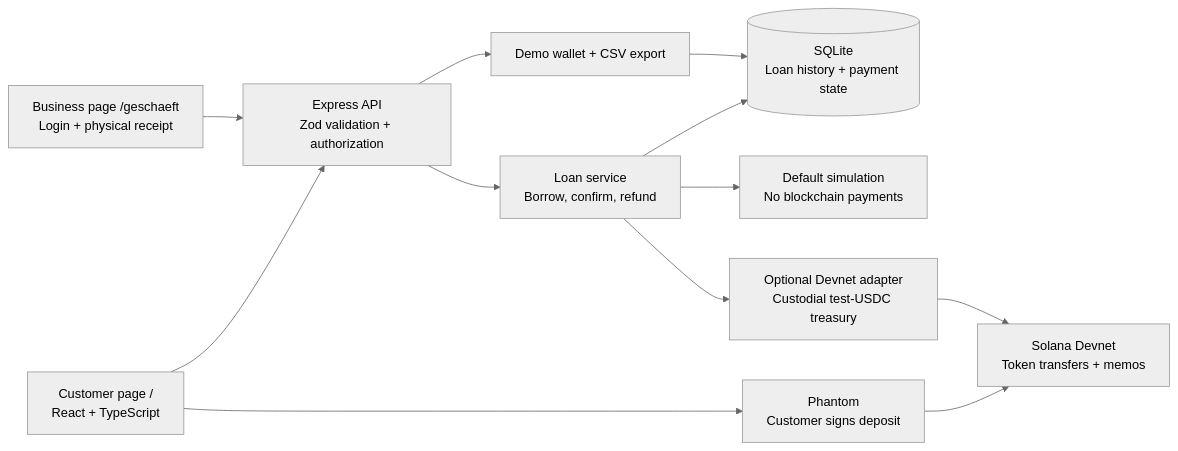
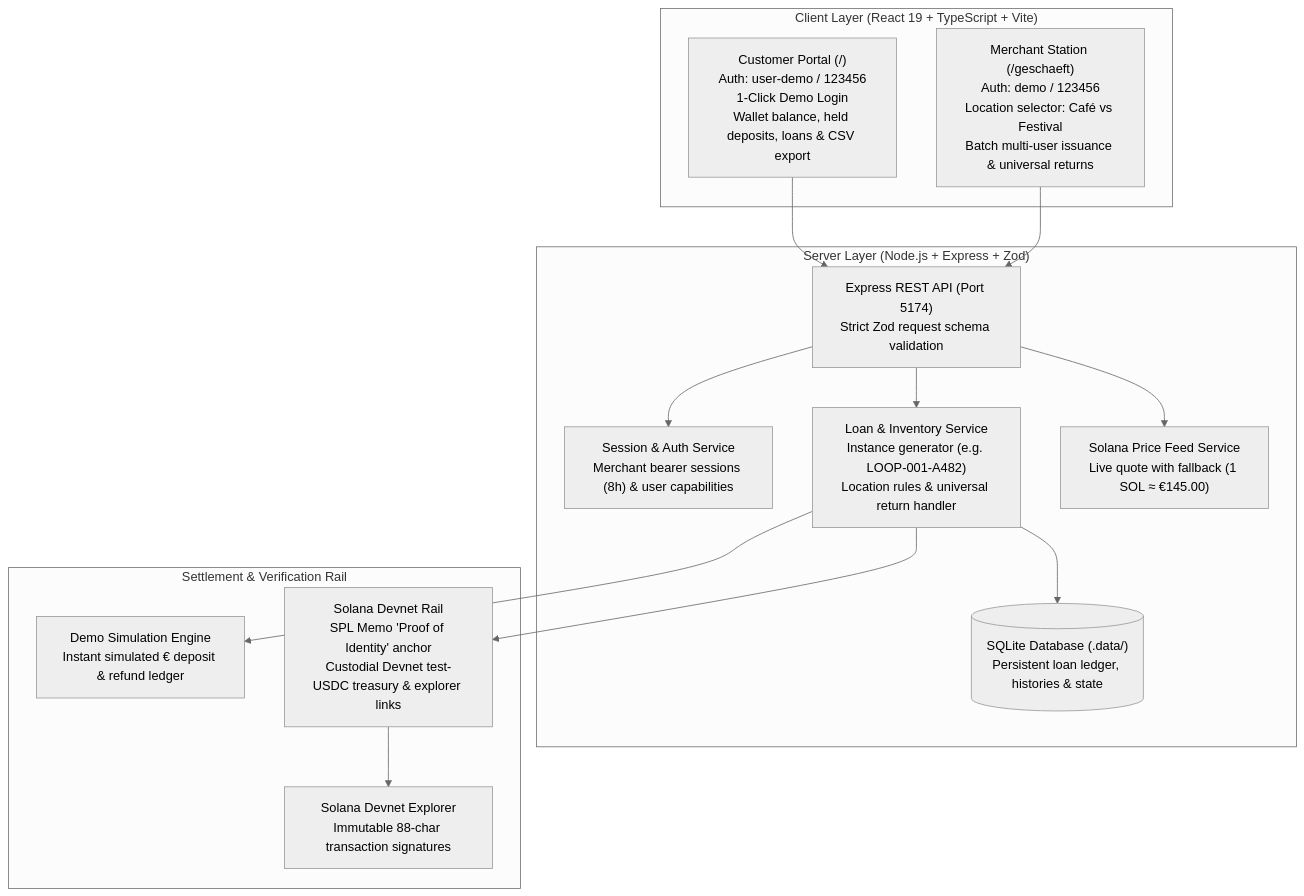
One commit to blitzlive/SolanaChallange2026 changed the diagram in instructions.md. Above: the diagram before and after it, drawn with Mermaid (neutral theme). The commit also changed other lines of this file and 30 other files, not shown here.

Commit message:
feat: complete MVP dashboard, merchant station, Solana memo integration, English metadata and visual README

````diff
--- a/instructions.md
+++ b/instructions.md
@@ -7,14 +9,31 @@
 ```mermaid
-flowchart LR
-  Customer["Customer page /\nReact + TypeScript"] --> API["Express API\nZod validation + authorization"]
-  Business["Business page /geschaeft\nLogin + physical receipt"] --> API
-  API --> Loans["Loan service\nBorrow, confirm, refund"]
-  Loans --> DB[("SQLite\nLoan history + payment state")]
-  API --> History["Demo wallet + CSV export"]
-  History --> DB
-  Loans --> Demo["Default simulation\nNo blockchain payments"]
-  Loans --> Adapter["Optional Devnet adapter\nCustodial test-USDC treasury"]
-  Customer --> Phantom["Phantom\nCustomer signs deposit"]
-  Phantom --> Solana["Solana Devnet\nToken transfers + memos"]
-  Adapter --> Solana
+flowchart TD
+  subgraph ClientLayer ["Client Layer (React 19 + TypeScript + Vite)"]
+    Customer["Customer Portal (/)\nAuth: user-demo / 123456\n1-Click Demo Login\nWallet balance, held deposits, loans & CSV export"]
+    Merchant["Merchant Station (/geschaeft)\nAuth: demo / 123456\nLocation selector: Café vs Festival\nBatch multi-user issuance & universal returns"]
+  end
+
+  subgraph ServerLayer ["Server Layer (Node.js + Express + Zod)"]
+    API["Express REST API (Port 5174)\nStrict Zod request schema validation"]
+    AuthService["Session & Auth Service\nMerchant bearer sessions (8h) & user capabilities"]
+    LoanService["Loan & Inventory Service\nInstance generator (e.g. LOOP-001-A482)\nLocation rules & universal return handler"]
+    DB[("SQLite Database (.data/)\nPersistent loan ledger, histories & state")]
+    PriceService["Solana Price Feed Service\nLive quote with fallback (1 SOL ≈ €145.00)"]
+  end
+
+  subgraph SettlementLayer ["Settlement & Verification Rail"]
+    DemoSettlement["Demo Simulation Engine\nInstant simulated € deposit & refund ledger"]
+    SolanaAdapter["Solana Devnet Rail\nSPL Memo 'Proof of Identity' anchor\nCustodial Devnet test-USDC treasury & explorer links"]
+    DevnetExplorer["Solana Devnet Explorer\nImmutable 88-char transaction signatures"]
+  end
+
+  Customer --> API
+  Merchant --> API
+  API --> AuthService
+  API --> LoanService
+  API --> PriceService
+  LoanService --> DB
+  LoanService --> DemoSettlement
+  LoanService --> SolanaAdapter
+  SolanaAdapter --> DevnetExplorer
 ```
````
